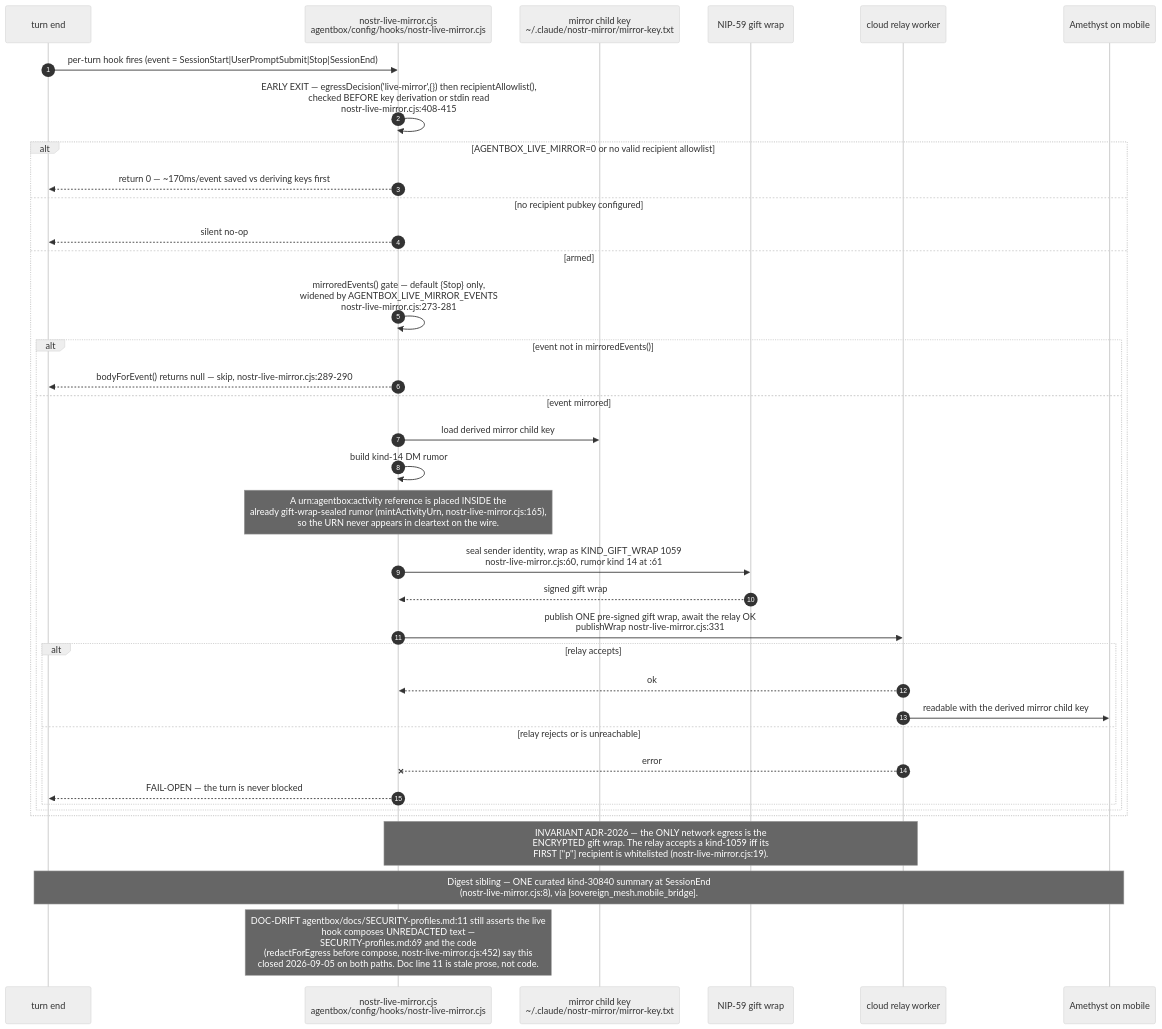
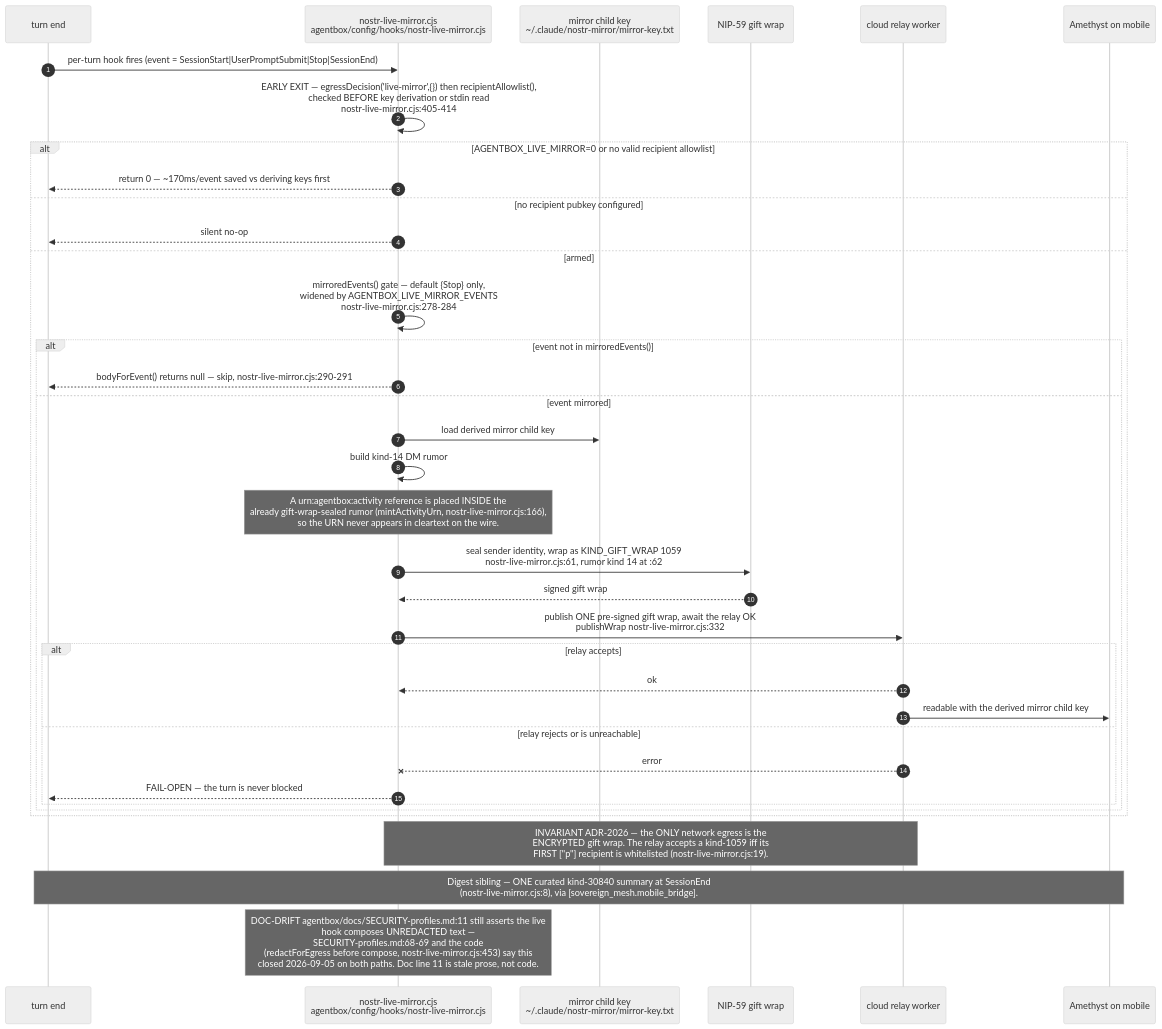
Before and after one commit to DreamLab-AI/VisionFlow: the fifth of 6 diagrams in docs/diagrams/estate/04-identity-mesh-did-nostr.md, drawn with Mermaid (neutral theme). The commit also changed other lines of this file and 111 other files, not shown here.

Commit message:
docs(diagrams): align estate maps with current source

````diff
--- a/docs/diagrams/estate/04-identity-mesh-did-nostr.md
+++ b/docs/diagrams/estate/04-identity-mesh-did-nostr.md
@@ -203,40 +204,40 @@
 ```mermaid
 sequenceDiagram
     autonumber
     participant T as turn end
     participant HK as nostr-live-mirror.cjs<br/>agentbox/config/hooks/nostr-live-mirror.cjs
     participant MK as mirror child key<br/>~/.claude/nostr-mirror/mirror-key.txt
     participant W as NIP-59 gift wrap
     participant REL as cloud relay worker
     participant AM as Amethyst on mobile
 
     T->>HK: per-turn hook fires (event = SessionStart|UserPromptSubmit|Stop|SessionEnd)
-    HK->>HK: EARLY EXIT — egressDecision('live-mirror',{}) then recipientAllowlist(),<br/>checked BEFORE key derivation or stdin read<br/>nostr-live-mirror.cjs:408-415
+    HK->>HK: EARLY EXIT — egressDecision('live-mirror',{}) then recipientAllowlist(),<br/>checked BEFORE key derivation or stdin read<br/>nostr-live-mirror.cjs:405-414
     alt AGENTBOX_LIVE_MIRROR=0 or no valid recipient allowlist
         HK-->>T: return 0 — ~170ms/event saved vs deriving keys first
     else no recipient pubkey configured
         HK-->>T: silent no-op
     else armed
-        HK->>HK: mirroredEvents() gate — default {Stop} only,<br/>widened by AGENTBOX_LIVE_MIRROR_EVENTS<br/>nostr-live-mirror.cjs:273-281
+        HK->>HK: mirroredEvents() gate — default {Stop} only,<br/>widened by AGENTBOX_LIVE_MIRROR_EVENTS<br/>nostr-live-mirror.cjs:278-284
         alt event not in mirroredEvents()
-            HK-->>T: bodyForEvent() returns null — skip, nostr-live-mirror.cjs:289-290
+            HK-->>T: bodyForEvent() returns null — skip, nostr-live-mirror.cjs:290-291
         else event mirrored
             HK->>MK: load derived mirror child key
             HK->>HK: build kind-14 DM rumor
-            Note over HK: A urn:agentbox:activity reference is placed INSIDE the<br/>already gift-wrap-sealed rumor (mintActivityUrn, nostr-live-mirror.cjs:165),<br/>so the URN never appears in cleartext on the wire.
-            HK->>W: seal sender identity, wrap as KIND_GIFT_WRAP 1059<br/>nostr-live-mirror.cjs:60, rumor kind 14 at :61
+            Note over HK: A urn:agentbox:activity reference is placed INSIDE the<br/>already gift-wrap-sealed rumor (mintActivityUrn, nostr-live-mirror.cjs:166),<br/>so the URN never appears in cleartext on the wire.
+            HK->>W: seal sender identity, wrap as KIND_GIFT_WRAP 1059<br/>nostr-live-mirror.cjs:61, rumor kind 14 at :62
             W-->>HK: signed gift wrap
-            HK->>REL: publish ONE pre-signed gift wrap, await the relay OK<br/>publishWrap nostr-live-mirror.cjs:331
+            HK->>REL: publish ONE pre-signed gift wrap, await the relay OK<br/>publishWrap nostr-live-mirror.cjs:332
             alt relay accepts
                 REL-->>HK: ok
                 REL->>AM: readable with the derived mirror child key
             else relay rejects or is unreachable
                 REL--xHK: error
                 HK-->>T: FAIL-OPEN — the turn is never blocked
             end
         end
     end
     Note over HK,REL: INVARIANT ADR-2026 — the ONLY network egress is the<br/>ENCRYPTED gift wrap. The relay accepts a kind-1059 iff its<br/>FIRST ["p"] recipient is whitelisted (nostr-live-mirror.cjs:19).
     Note over T,AM: Digest sibling — ONE curated kind-30840 summary at SessionEnd<br/>(nostr-live-mirror.cjs:8), via [sovereign_mesh.mobile_bridge].
-    Note over HK: DOC-DRIFT agentbox/docs/SECURITY-profiles.md:11 still asserts the live<br/>hook composes UNREDACTED text —<br/>SECURITY-profiles.md:69 and the code<br/>(redactForEgress before compose, nostr-live-mirror.cjs:452) say this<br/>closed 2026-09-05 on both paths. Doc line 11 is stale prose, not code.
+    Note over HK: DOC-DRIFT agentbox/docs/SECURITY-profiles.md:11 still asserts the live<br/>hook composes UNREDACTED text —<br/>SECURITY-profiles.md:68-69 and the code<br/>(redactForEgress before compose, nostr-live-mirror.cjs:453) say this<br/>closed 2026-09-05 on both paths. Doc line 11 is stale prose, not code.
 ```
````
